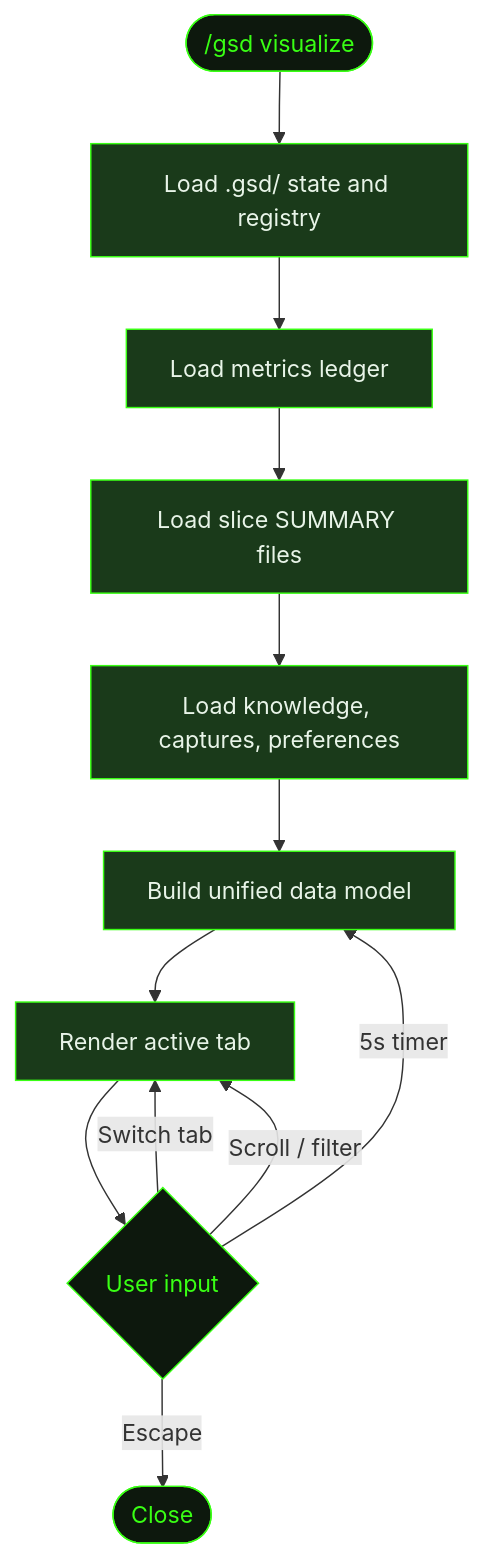
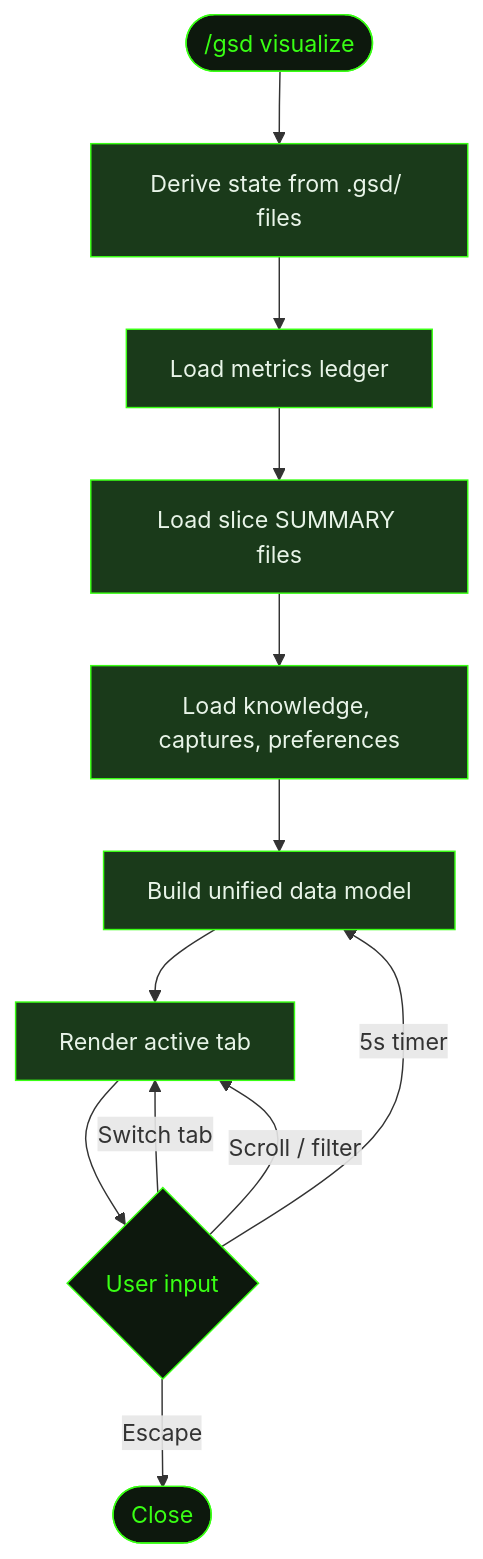
One commit to shusha-group/gsd2-guide changed the diagram in src/content/docs/commands/visualize.mdx. Above: the diagram before and after it, drawn with Mermaid. The commit also changed other lines of this file and 33 other files, not shown here.

````diff
--- a/src/content/docs/commands/visualize.mdx
+++ b/src/content/docs/commands/visualize.mdx
@@ -24,24 +24,24 @@
 ```mermaid
 flowchart TD
-    Start(["/gsd visualize"]) --> LoadState[Load .gsd/ state and registry]
+    Start(["/gsd visualize"]) --> LoadState[Derive state from .gsd/ files]
     LoadState --> LoadMetrics[Load metrics ledger]
     LoadMetrics --> LoadSummaries[Load slice SUMMARY files]
     LoadSummaries --> LoadExtra[Load knowledge, captures, preferences]
     LoadExtra --> BuildData[Build unified data model]
     BuildData --> Render[Render active tab]
     Render --> Input{User input}
     Input -->|Switch tab| Render
     Input -->|Scroll / filter| Render
     Input -->|5s timer| BuildData
     Input -->|Escape| Done([Close])
 
     style Start fill:#0d180d,stroke:#39ff14,color:#39ff14
     style Input fill:#0d180d,stroke:#39ff14,color:#39ff14
     style Done fill:#0d180d,stroke:#39ff14,color:#39ff14
     style LoadState fill:#1a3a1a,stroke:#39ff14,color:#e8f4e8
     style LoadMetrics fill:#1a3a1a,stroke:#39ff14,color:#e8f4e8
     style LoadSummaries fill:#1a3a1a,stroke:#39ff14,color:#e8f4e8
     style LoadExtra fill:#1a3a1a,stroke:#39ff14,color:#e8f4e8
     style BuildData fill:#1a3a1a,stroke:#39ff14,color:#e8f4e8
     style Render fill:#1a3a1a,stroke:#39ff14,color:#e8f4e8
 ```
````
